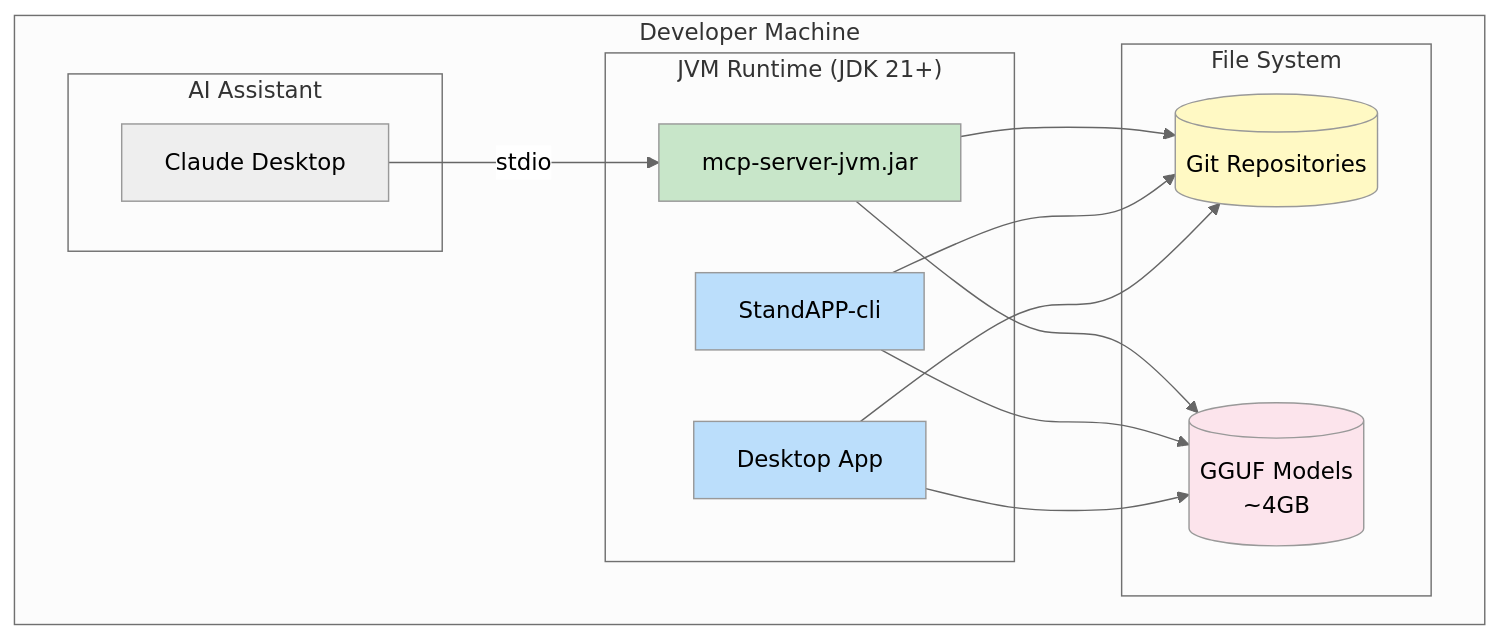
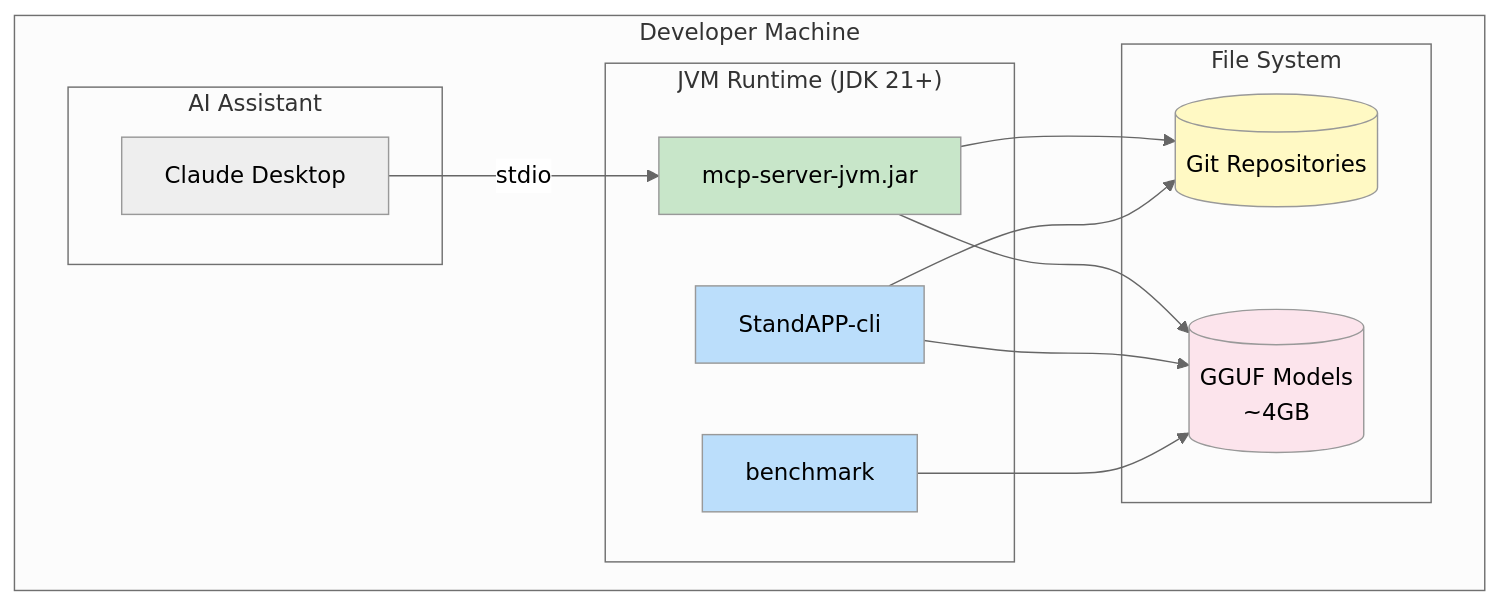
One commit to michalharakal/Daily-StandAPP changed the first of 3 diagrams in docs/modules/architecture/pages/07-deployment-view.adoc. Above: the diagram before and after it, drawn with Mermaid (neutral theme). The commit also changed other lines of this file and 10 other files, not shown here.

First line of the commit message:
Update arc42 architecture docs to reflect current codebase

```diff
--- a/docs/modules/architecture/pages/07-deployment-view.adoc
+++ b/docs/modules/architecture/pages/07-deployment-view.adoc
@@ -8,34 +8,33 @@
 [mermaid]
 ----
 graph TB
     subgraph "Developer Machine"
         subgraph "JVM Runtime (JDK 21+)"
             MCP[mcp-server-jvm.jar]
             CLI[StandAPP-cli]
-            DESKTOP[Desktop App]
+            BENCH[benchmark]
         end
 
         subgraph "File System"
             REPOS[(Git Repositories)]
             MODELS[(GGUF Models<br/>~4GB)]
         end
 
         subgraph "AI Assistant"
             CLAUDE[Claude Desktop]
         end
     end
 
     CLAUDE -->|"stdio"| MCP
     MCP --> REPOS
     MCP --> MODELS
     CLI --> REPOS
     CLI --> MODELS
-    DESKTOP --> REPOS
-    DESKTOP --> MODELS
+    BENCH --> MODELS
 
     style MCP fill:#c8e6c9
     style CLI fill:#bbdefb
-    style DESKTOP fill:#bbdefb
+    style BENCH fill:#bbdefb
     style REPOS fill:#fff9c4
     style MODELS fill:#fce4ec
 ----
```
